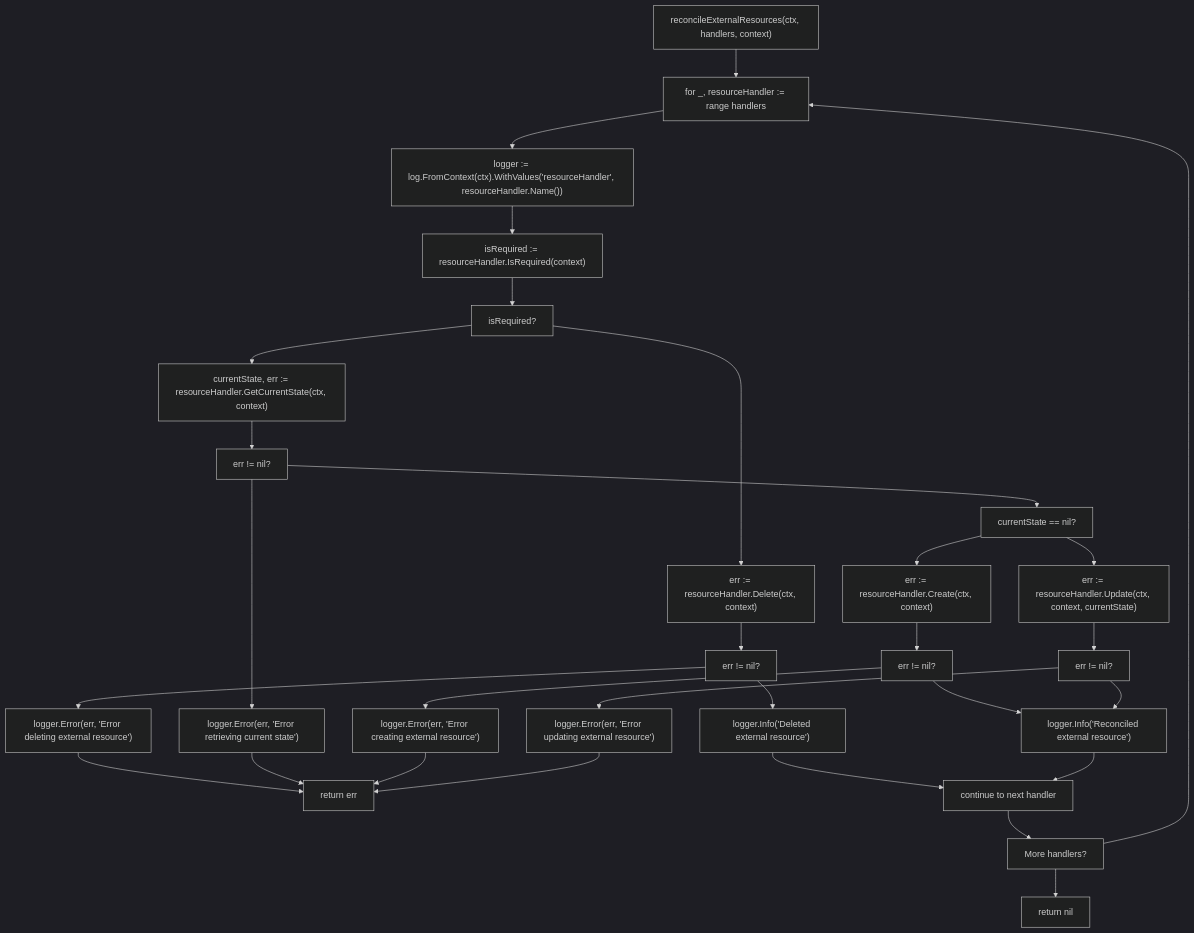
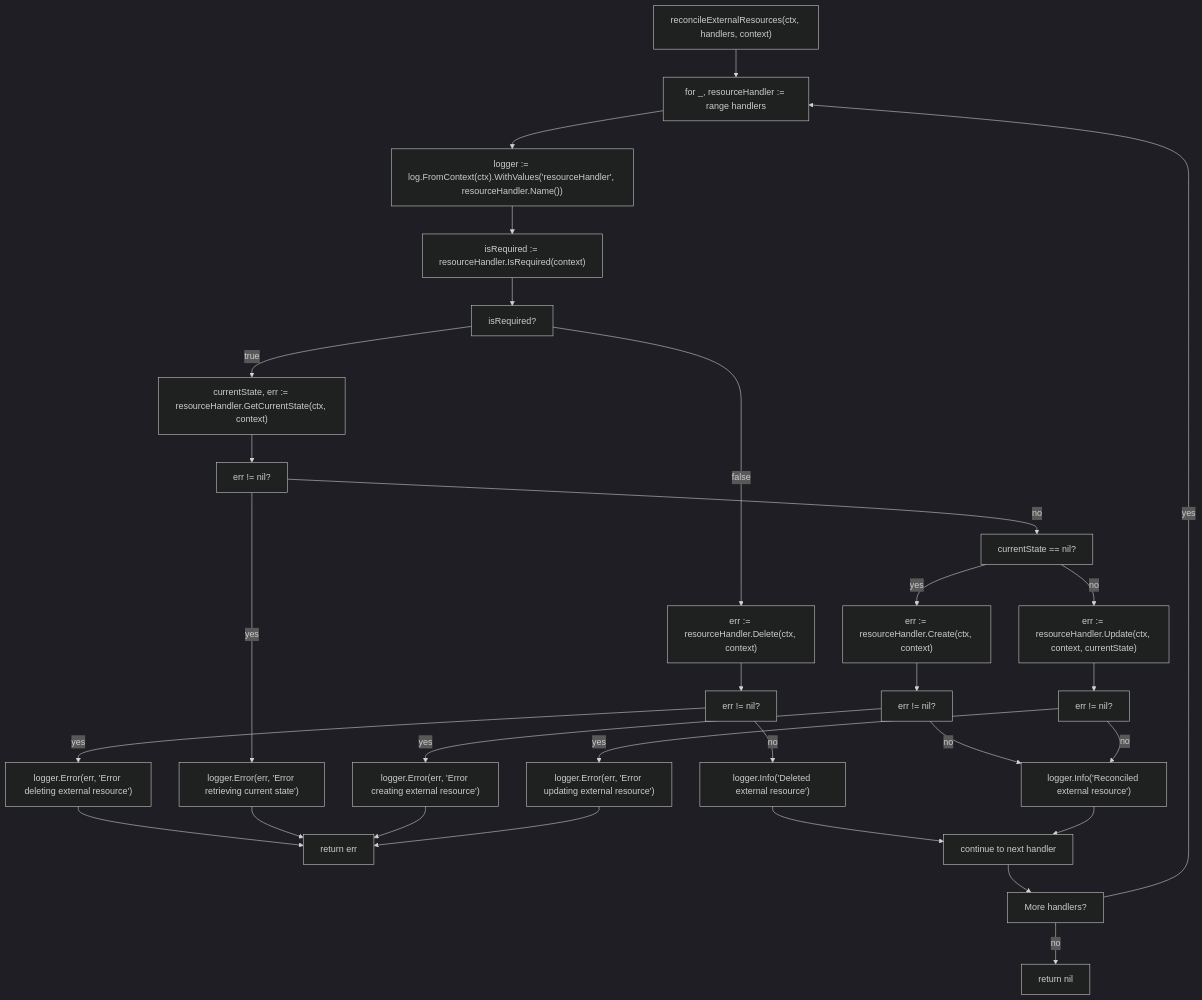
The eighth of 9 diagrams in docs/deepwiki/Resource-Handlers.md (openchoreo/openchoreo), drawn with Mermaid (dark theme) before and after one commit. The commit also changed other lines of this file and 85 other files, not shown here.

Commit message:
feat: Add new workflow and specification templates, update Helm chart dependencies, and clarify documentation diagrams.

````diff
--- a/docs/deepwiki/Resource-Handlers.md
+++ b/docs/deepwiki/Resource-Handlers.md
@@ -544,58 +544,58 @@
 ```mermaid
 flowchart TD
 
 Start["reconcileExternalResources(ctx, handlers, context)"]
 Loop["for _, resourceHandler := range handlers"]
 Logger["logger := log.FromContext(ctx).WithValues('resourceHandler', resourceHandler.Name())"]
 IsReq["isRequired := resourceHandler.IsRequired(context)"]
 CheckReq["isRequired?"]
 CallDelete["err := resourceHandler.Delete(ctx, context)"]
 CallGetState["currentState, err := resourceHandler.GetCurrentState(ctx, context)"]
 DeleteErr["err != nil?"]
 LogDelErr["logger.Error(err, 'Error deleting external resource')"]
 LogDelSuccess["logger.Info('Deleted external resource')"]
 ReturnErr["return err"]
 Continue["continue to next handler"]
 GetStateErr["err != nil?"]
 LogGetErr["logger.Error(err, 'Error retrieving current state')"]
 CheckState["currentState == nil?"]
 CallCreate["err := resourceHandler.Create(ctx, context)"]
 CallUpdate["err := resourceHandler.Update(ctx, context, currentState)"]
 CreateErr["err != nil?"]
 UpdateErr["err != nil?"]
 LogCreateErr["logger.Error(err, 'Error creating external resource')"]
 LogSuccess["logger.Info('Reconciled external resource')"]
 LogUpdateErr["logger.Error(err, 'Error updating external resource')"]
 MoreHandlers["More handlers?"]
 Done["return nil"]
 
 Start --> Loop
 Loop --> Logger
 Logger --> IsReq
 IsReq --> CheckReq
-CheckReq --> CallDelete
-CheckReq --> CallGetState
+CheckReq -->|"false"| CallDelete
+CheckReq -->|"true"| CallGetState
 CallDelete --> DeleteErr
-DeleteErr --> LogDelErr
-DeleteErr --> LogDelSuccess
+DeleteErr -->|"yes"| LogDelErr
+DeleteErr -->|"no"| LogDelSuccess
 LogDelErr --> ReturnErr
 LogDelSuccess --> Continue
 CallGetState --> GetStateErr
-GetStateErr --> LogGetErr
-GetStateErr --> CheckState
+GetStateErr -->|"yes"| LogGetErr
+GetStateErr -->|"no"| CheckState
 LogGetErr --> ReturnErr
-CheckState --> CallCreate
-CheckState --> CallUpdate
+CheckState -->|"yes"| CallCreate
+CheckState -->|"no"| CallUpdate
 CallCreate --> CreateErr
 CallUpdate --> UpdateErr
-CreateErr --> LogCreateErr
-CreateErr --> LogSuccess
-UpdateErr --> LogUpdateErr
-UpdateErr --> LogSuccess
+CreateErr -->|"yes"| LogCreateErr
+CreateErr -->|"no"| LogSuccess
+UpdateErr -->|"yes"| LogUpdateErr
+UpdateErr -->|"no"| LogSuccess
 LogCreateErr --> ReturnErr
 LogUpdateErr --> ReturnErr
 LogSuccess --> Continue
 Continue --> MoreHandlers
-MoreHandlers --> Loop
-MoreHandlers --> Done
+MoreHandlers -->|"yes"| Loop
+MoreHandlers -->|"no"| Done
 ```
````
